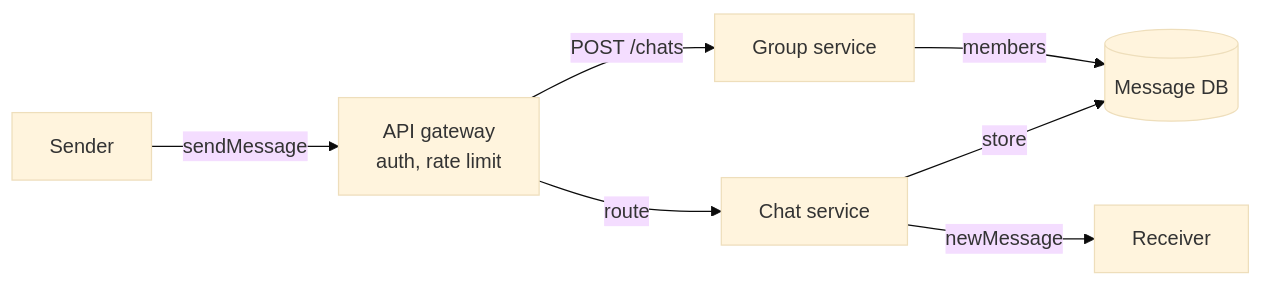
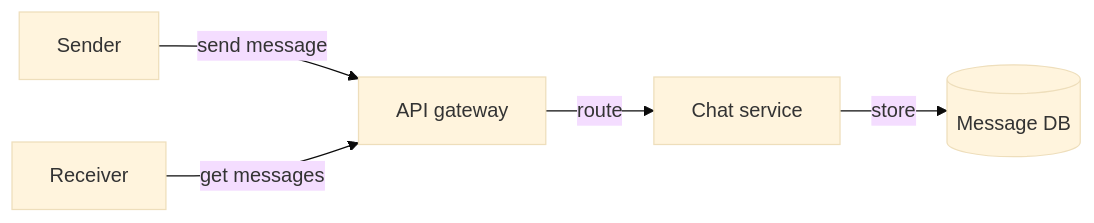
Before and after one commit to aaryan-pradhan/core-cs-fundamentals: the first of 2 diagrams in hld/26-whatsapp.md, drawn with Mermaid (base theme). The commit also changed other lines of this file, not shown here.

````diff
--- a/hld/26-whatsapp.md
+++ b/hld/26-whatsapp.md
@@ -57,9 +43,7 @@
 ```mermaid
 flowchart LR
-    A["Sender"] -->|"sendMessage"| GW["API gateway<br/>auth, rate limit"]
+    A["Sender"] -->|"send message"| GW["API gateway"]
     GW -->|"route"| CS["Chat service"]
     CS -->|"store"| DB[("Message DB")]
-    CS -->|"newMessage"| B["Receiver"]
-    GW -->|"POST /chats"| GS["Group service"]
-    GS -->|"members"| DB
+    B["Receiver"] -->|"get messages"| GW
 ```
````
